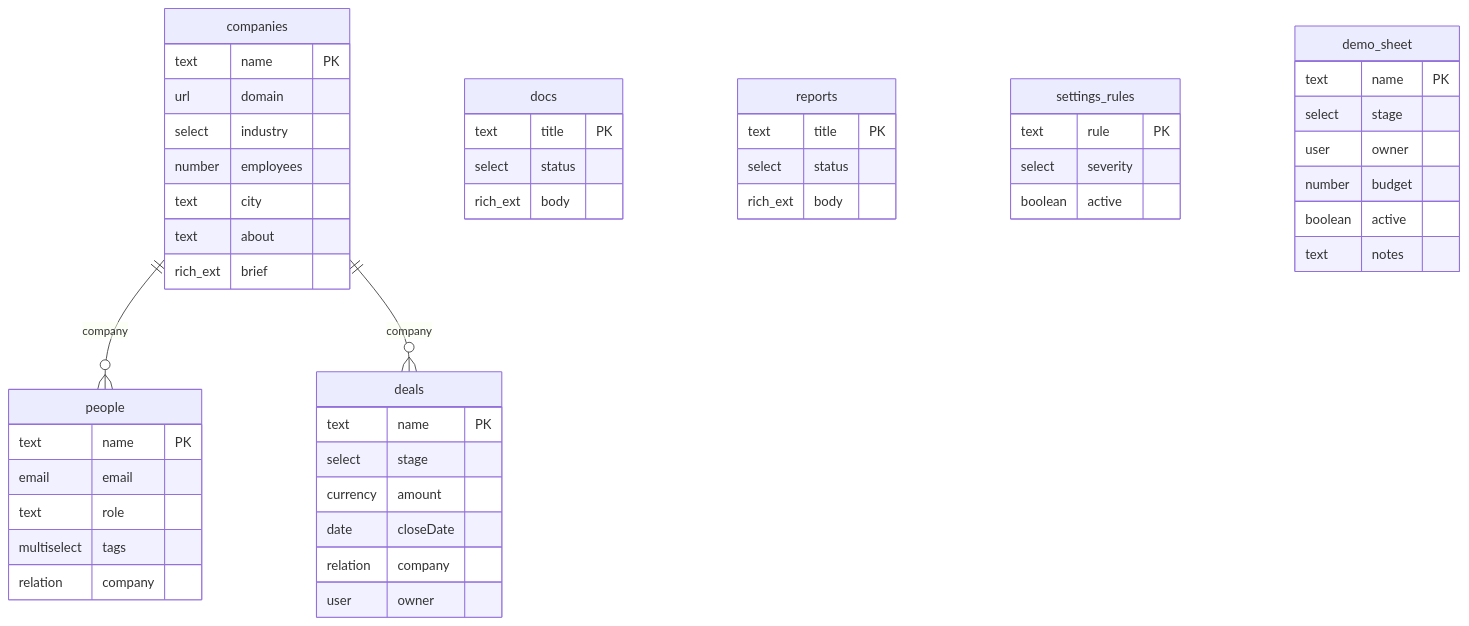
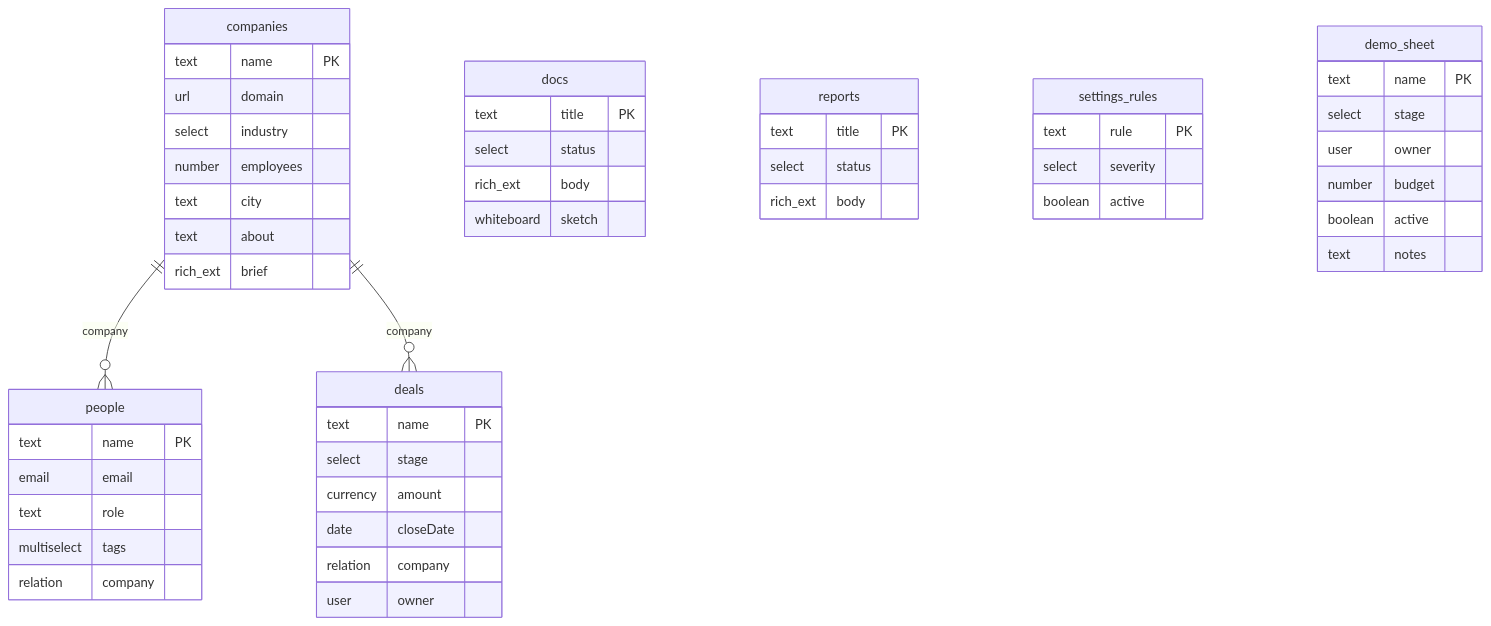
Before and after one commit to achammah/nexus-app-starter: the diagram in docs/DATA-MODEL.md, drawn with Mermaid. The commit also changed other lines of this file and 34 other files, not shown here.

````diff
--- a/docs/DATA-MODEL.md
+++ b/docs/DATA-MODEL.md
@@ -7,52 +7,53 @@
 ```mermaid
 erDiagram
   companies {
     text name "PK"
     url domain
     select industry
     number employees
     text city
     text about
     rich_ext brief
   }
   people {
     text name "PK"
     email email
     text role
     multiselect tags
     relation company
   }
   deals {
     text name "PK"
     select stage
     currency amount
     date closeDate
     relation company
     user owner
   }
   docs {
     text title "PK"
     select status
     rich_ext body
+    whiteboard sketch
   }
   reports {
     text title "PK"
     select status
     rich_ext body
   }
   settings_rules {
     text rule "PK"
     select severity
     boolean active
   }
   demo_sheet {
     text name "PK"
     select stage
     user owner
     number budget
     boolean active
     text notes
   }
   companies ||--o{ people : "company"
   companies ||--o{ deals : "company"
 ```
````
